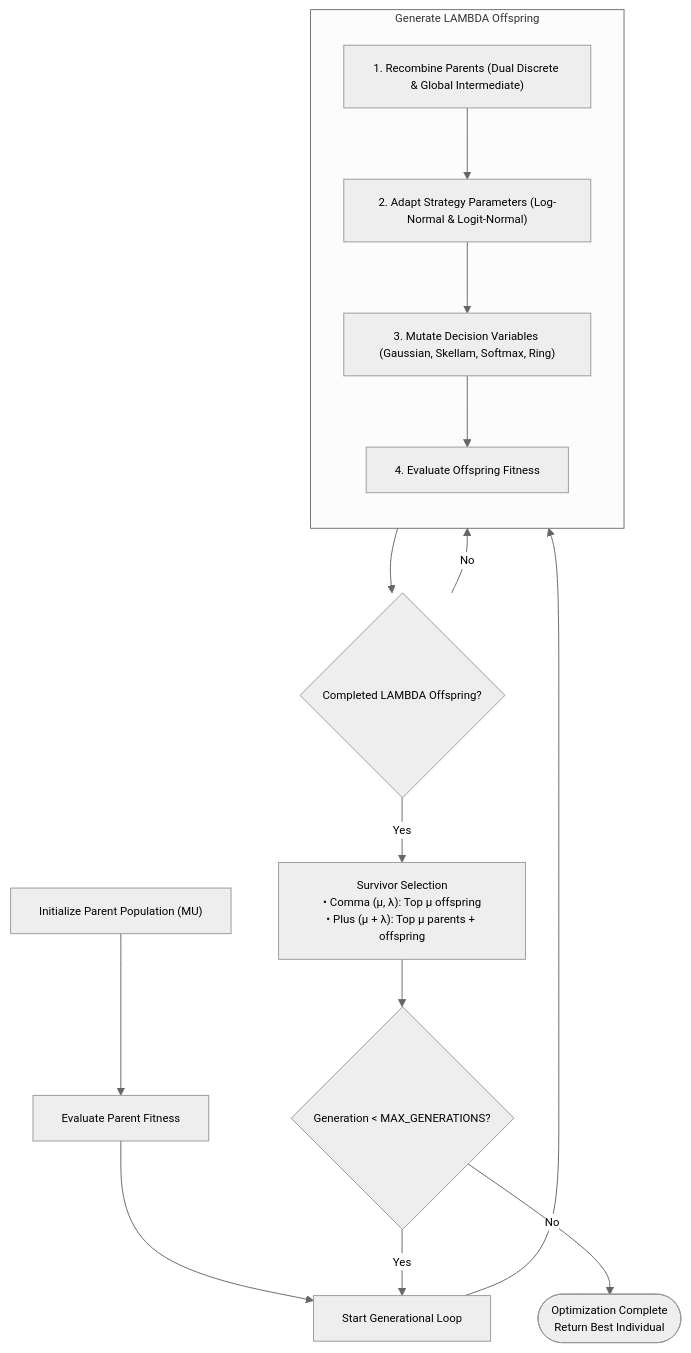
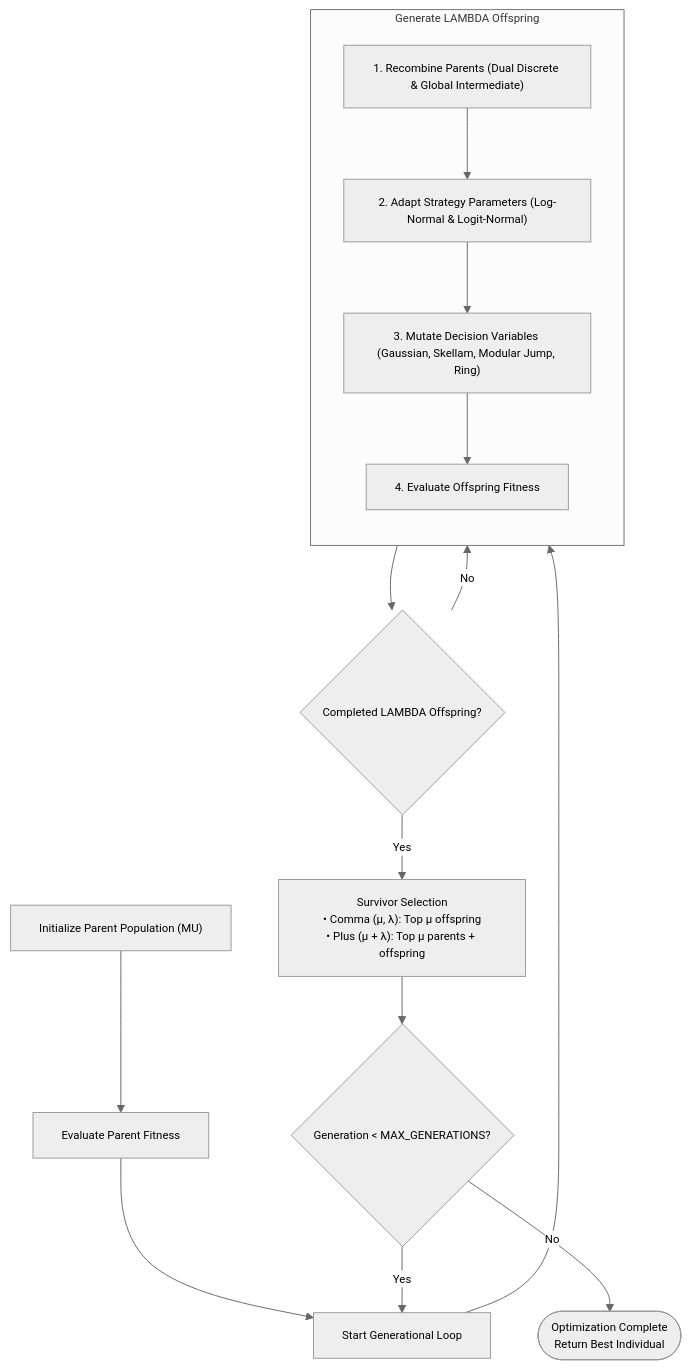
One commit to Bejmo/generalized-es changed the third of 4 diagrams in docs/architecture.md. Above: the diagram before and after it, drawn with Mermaid. The commit also changed other lines of this file and 86 other files, not shown here.

````diff
--- a/docs/architecture.md
+++ b/docs/architecture.md
@@ -64,25 +64,25 @@
 ```mermaid
 %%{init: {'theme': 'neutral', 'themeVariables': { 'fontSize': '12px', 'nodePadding': '6' }}}%%
 flowchart TD
     Init["Initialize Parent Population (MU)"] --> EvalParents["Evaluate Parent Fitness"]
     EvalParents --> LoopStart["Start Generational Loop"]
     
     subgraph OffspringLoop ["Generate LAMBDA Offspring"]
         direction TB
         Recombine["1. Recombine Parents (Dual Discrete & Global Intermediate)"]
         AdaptS["2. Adapt Strategy Parameters (Log-Normal & Logit-Normal)"]
-        MutateV["3. Mutate Decision Variables (Gaussian, Skellam, Softmax, Ring)"]
+        MutateV["3. Mutate Decision Variables (Gaussian, Skellam, Modular Jump, Ring)"]
         EvalC["4. Evaluate Offspring Fitness"]
         
         Recombine --> AdaptS --> MutateV --> EvalC
     end
 
     LoopStart --> OffspringLoop
     OffspringLoop --> CheckLambda{"Completed LAMBDA Offspring?"}
     CheckLambda -- No --> OffspringLoop
     CheckLambda -- Yes --> Selection["Survivor Selection<br/>• Comma (μ, λ): Top μ offspring<br/>• Plus (μ + λ): Top μ parents + offspring"]
     
     Selection --> CheckGen{"Generation < MAX_GENERATIONS?"}
     CheckGen -- Yes --> LoopStart
     CheckGen -- No --> End(["Optimization Complete<br/>Return Best Individual"])
 ```
````
